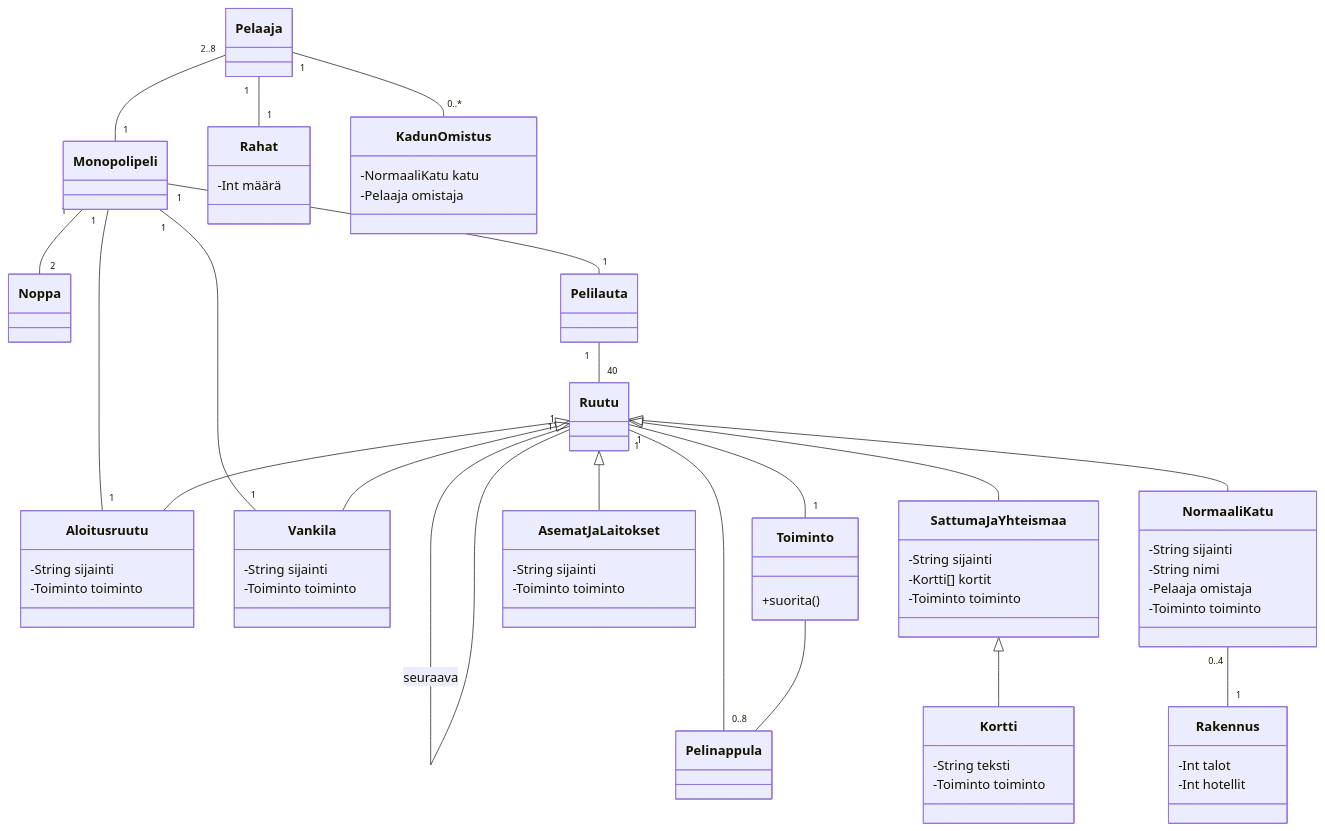
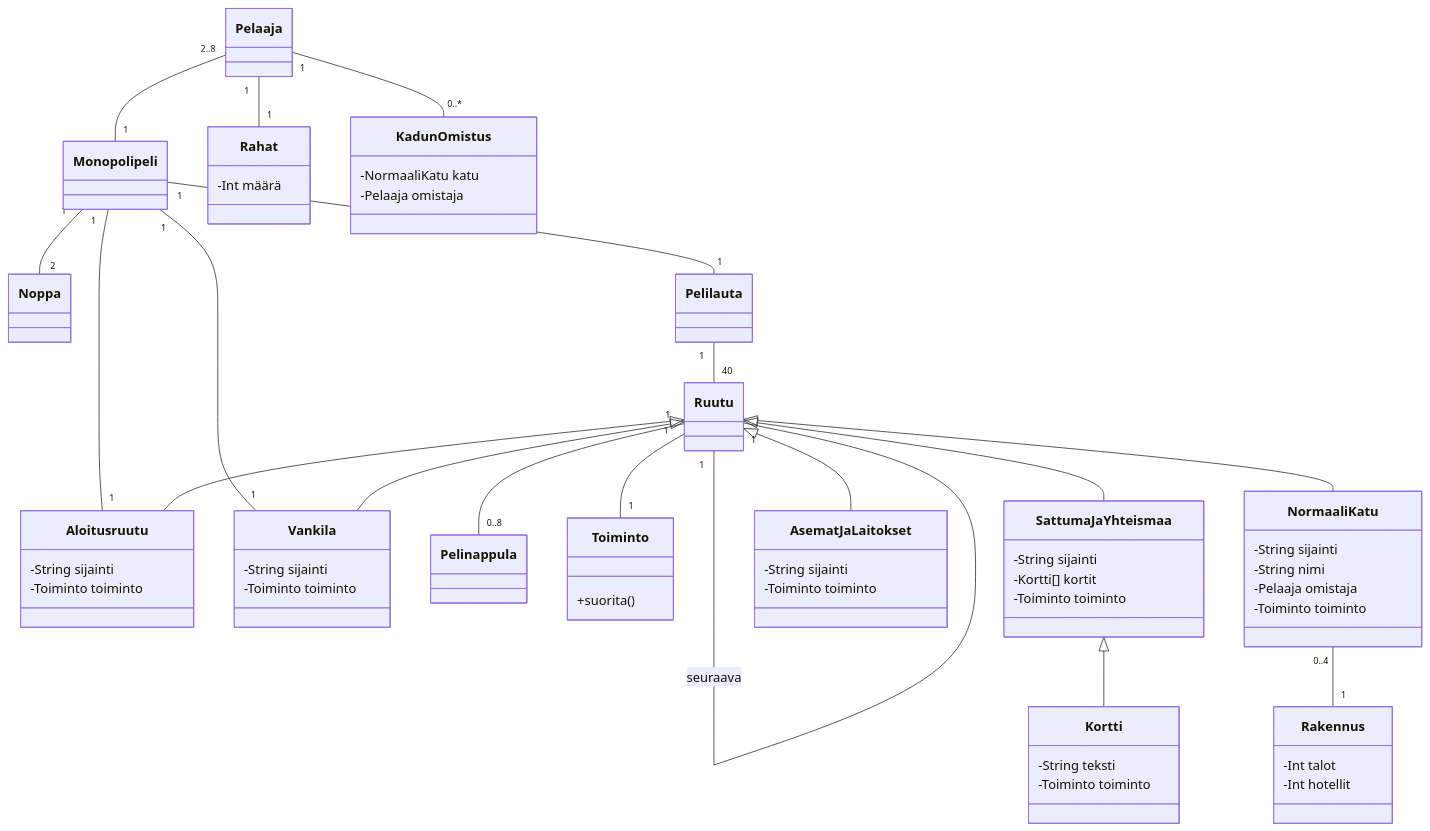
Before and after one commit to levomaaa/ot-harjoitustyo: the diagram in laskarit/viikko3/tehtava1-monopoli.md, drawn with Mermaid.

Commit message:
Fixed first exercise of the third week

````diff
--- a/laskarit/viikko3/tehtava1-monopoli.md
+++ b/laskarit/viikko3/tehtava1-monopoli.md
@@ -1,74 +1,73 @@
 ```mermaid
  classDiagram
     Monopolipeli "1" -- "2" Noppa
     Monopolipeli "1" -- "1" Pelilauta
     Monopolipeli "1" -- "1" Aloitusruutu
     Monopolipeli "1" -- "1" Vankila
     Pelilauta "1" -- "40" Ruutu
     Ruutu "1" -- "1" Ruutu : seuraava
     Ruutu "1" -- "0..8" Pelinappula
     Ruutu "1" -- "1" Toiminto
     Ruutu <|-- Aloitusruutu
     Ruutu <|-- Vankila
     Ruutu <|-- SattumaJaYhteismaa
     Ruutu <|-- AsematJaLaitokset
     Ruutu <|-- NormaaliKatu 
     SattumaJaYhteismaa <|-- Kortti
-    Toiminto -- Pelinappula
     NormaaliKatu "0..4" -- "1" Rakennus
     Pelaaja "2..8" -- "1" Monopolipeli
     Pelaaja "1" -- "1" Rahat
     Pelaaja "1" -- "0..*" KadunOmistus
    
 
 class Aloitusruutu {
     -String sijainti
     -Toiminto toiminto
 }
 
 class Vankila {
     -String sijainti
     -Toiminto toiminto
 }
 
 class SattumaJaYhteismaa {
     -String sijainti
     -Kortti[] kortit
     -Toiminto toiminto
 }
 
 class AsematJaLaitokset {
     -String sijainti
     -Toiminto toiminto
 }
 
 class NormaaliKatu {
     -String sijainti
     -String nimi
     -Pelaaja omistaja
     -Toiminto toiminto
 }
 
 class Kortti {
     -String teksti
     -Toiminto toiminto
 }
 
 class Rakennus {
     -Int talot
     -Int hotellit
 }
 
 class Toiminto {
     +suorita()
 }
 
 class KadunOmistus {
     -NormaaliKatu katu
     -Pelaaja omistaja
 }
 
 class Rahat {
     -Int määrä
 }
 ```
````
